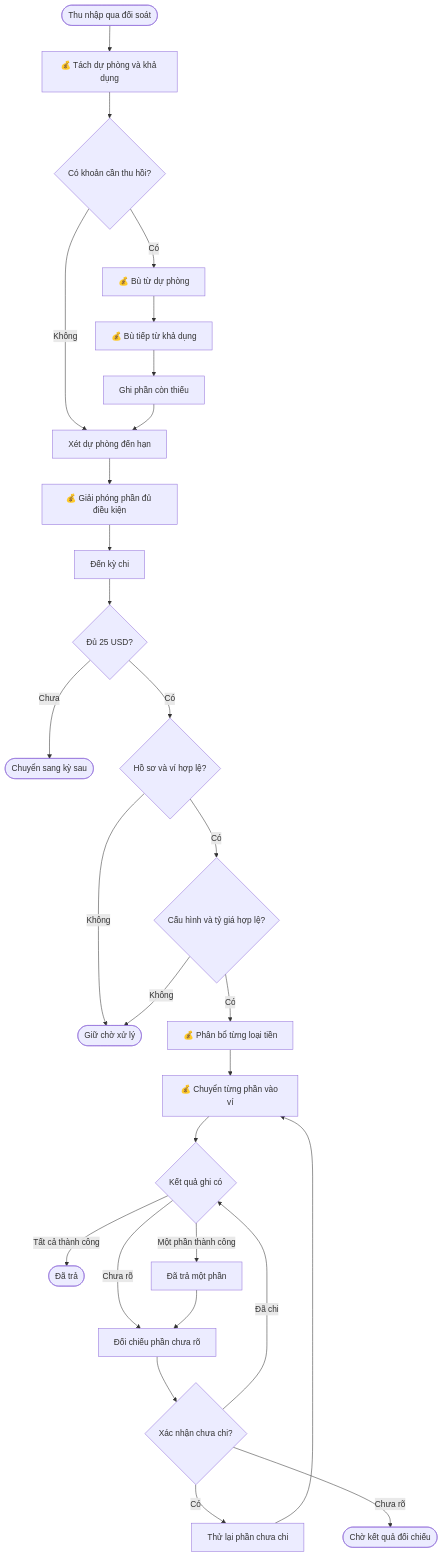
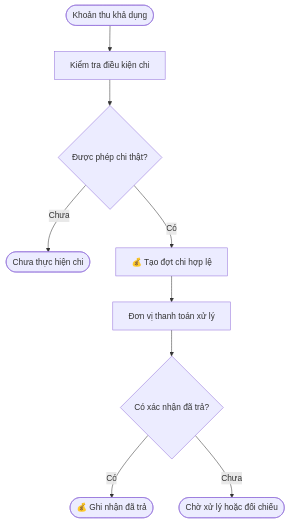
Before and after one commit to vlink-group/VlinkPay: the third of 5 diagrams in nexora/docs/business/business-oneqr-earnings.md, drawn with Mermaid. The commit also changed other lines of this file, not shown here.

````diff
--- a/nexora/docs/business/business-oneqr-earnings.md
+++ b/nexora/docs/business/business-oneqr-earnings.md
@@ -205,30 +169,11 @@
 ```mermaid
 flowchart TD
-    A([Thu nhập qua đối soát]) --> B[💰 Tách dự phòng và khả dụng]
-    B --> C{Có khoản cần thu hồi?}
-    C -- Có --> D[💰 Bù từ dự phòng]
-    D --> E[💰 Bù tiếp từ khả dụng]
-    E --> F[Ghi phần còn thiếu]
-    C -- Không --> G[Xét dự phòng đến hạn]
-    F --> G
-    G --> H[💰 Giải phóng phần đủ điều kiện]
-    H --> I[Đến kỳ chi]
-    I --> J{Đủ 25 USD?}
-    J -- Chưa --> K([Chuyển sang kỳ sau])
-    J -- Có --> L{Hồ sơ và ví hợp lệ?}
-    L -- Không --> M([Giữ chờ xử lý])
-    L -- Có --> R{Cấu hình và tỷ giá hợp lệ?}
-    R -- Không --> M
-    R -- Có --> S[💰 Phân bổ từng loại tiền]
-    S --> N[💰 Chuyển từng phần vào ví]
-    N --> O{Kết quả ghi có}
-    O -- Tất cả thành công --> P([Đã trả])
-    O -- Một phần thành công --> T[Đã trả một phần]
-    O -- Chưa rõ --> Q[Đối chiếu phần chưa rõ]
-    T --> Q
-    Q --> U{Xác nhận chưa chi?}
-    U -- Có --> V[Thử lại phần chưa chi]
-    V --> N
-    U -- Chưa rõ --> W([Chờ kết quả đối chiếu])
-    U -- Đã chi --> O
+    A([Khoản thu khả dụng]) --> B[Kiểm tra điều kiện chi]
+    B --> C{Được phép chi thật?}
+    C -- Chưa --> D([Chưa thực hiện chi])
+    C -- Có --> E[💰 Tạo đợt chi hợp lệ]
+    E --> F[Đơn vị thanh toán xử lý]
+    F --> G{Có xác nhận đã trả?}
+    G -- Có --> H([💰 Ghi nhận đã trả])
+    G -- Chưa --> I([Chờ xử lý hoặc đối chiếu])
 ```
````
